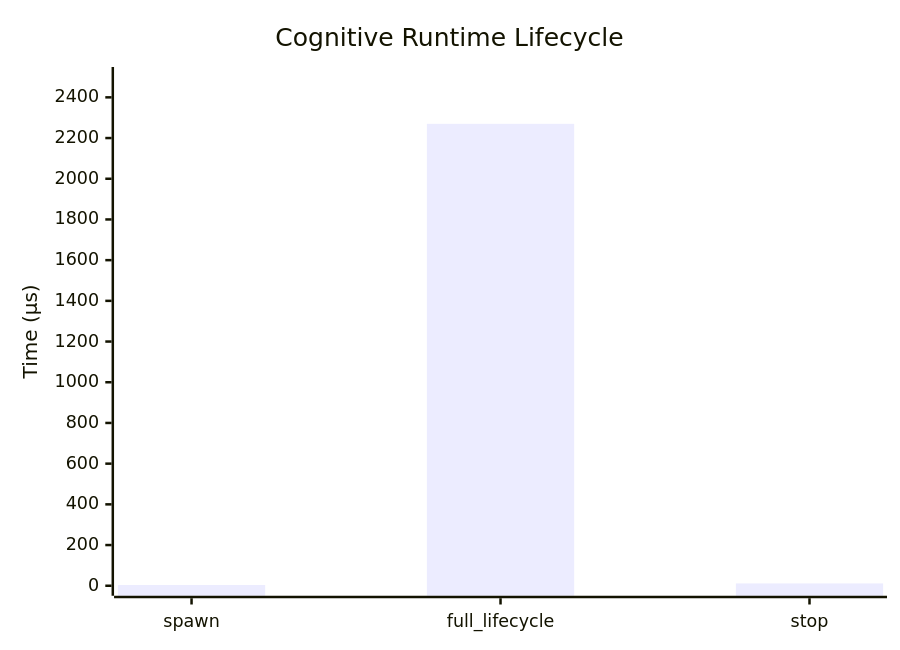
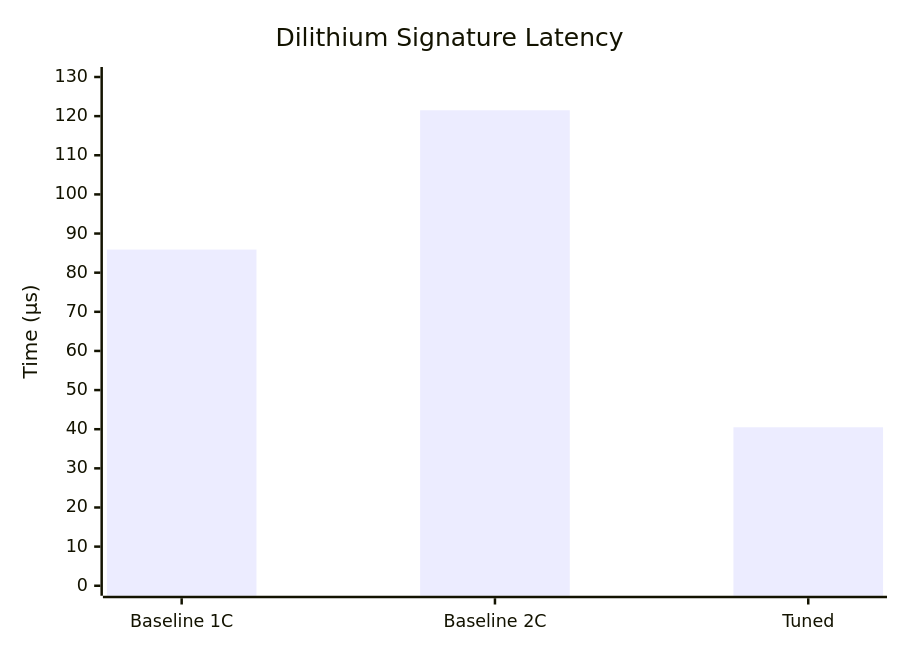
One commit to Rafned/Krait-Ecosystem changed the fifth of 7 diagrams in docs/BENCHMARKS.MD. Above: the diagram before and after it, drawn with Mermaid. The commit also changed other lines of this file, not shown here.

````diff
--- a/docs/BENCHMARKS.MD
+++ b/docs/BENCHMARKS.MD
@@ -266,7 +207,7 @@
 ```mermaid
 xychart-beta
-    title "Cognitive Runtime Lifecycle"
-    x-axis ["spawn", "full_lifecycle", "stop"]
-    y-axis "Time (µs)" 0 --> 2500
-    bar [3.46, 2270, 11.5]
+    title "Dilithium Signature Latency"
+    x-axis ["Baseline 1C", "Baseline 2C", "Tuned"]
+    y-axis "Time (µs)" 0 --> 130
+    bar [85.9, 121.5, 40.5]
 ```
````
